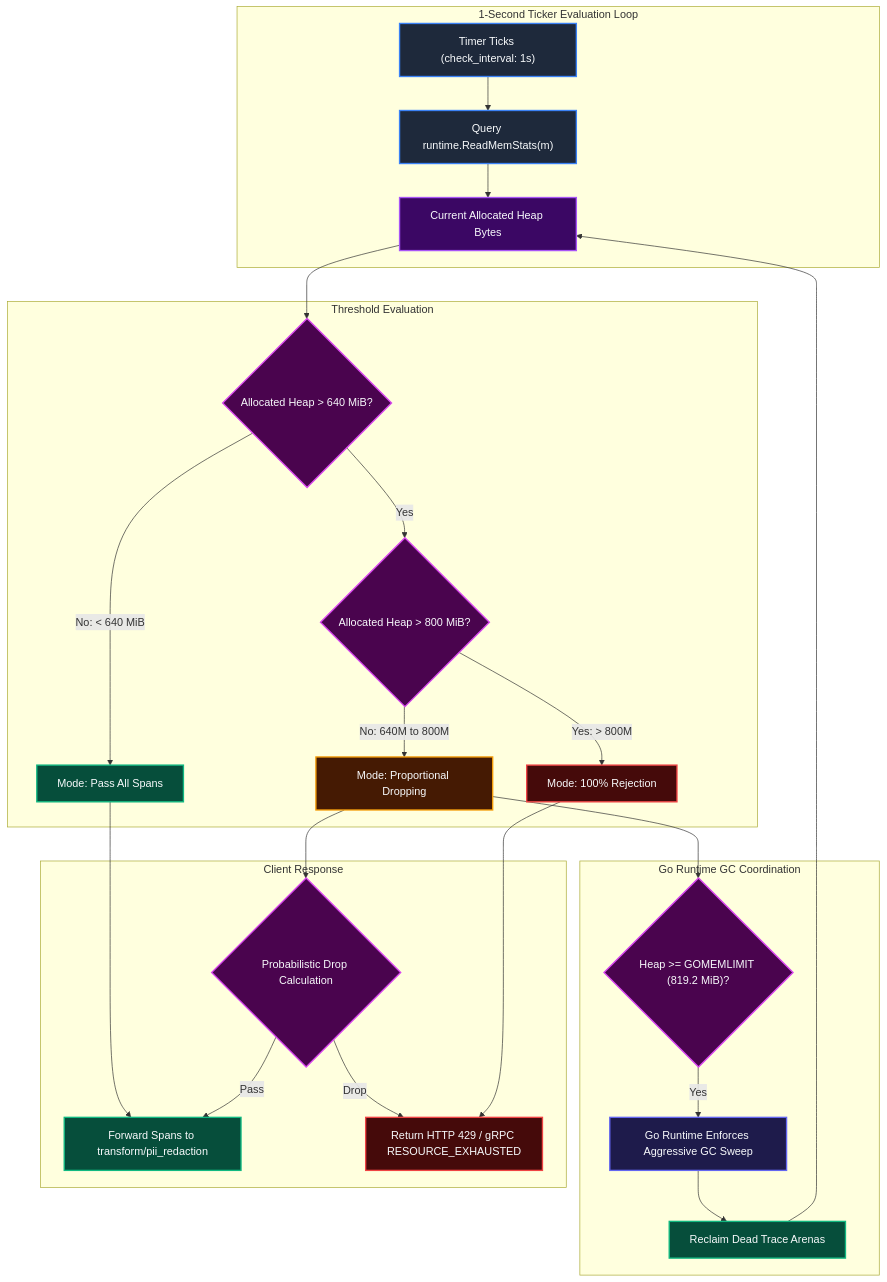
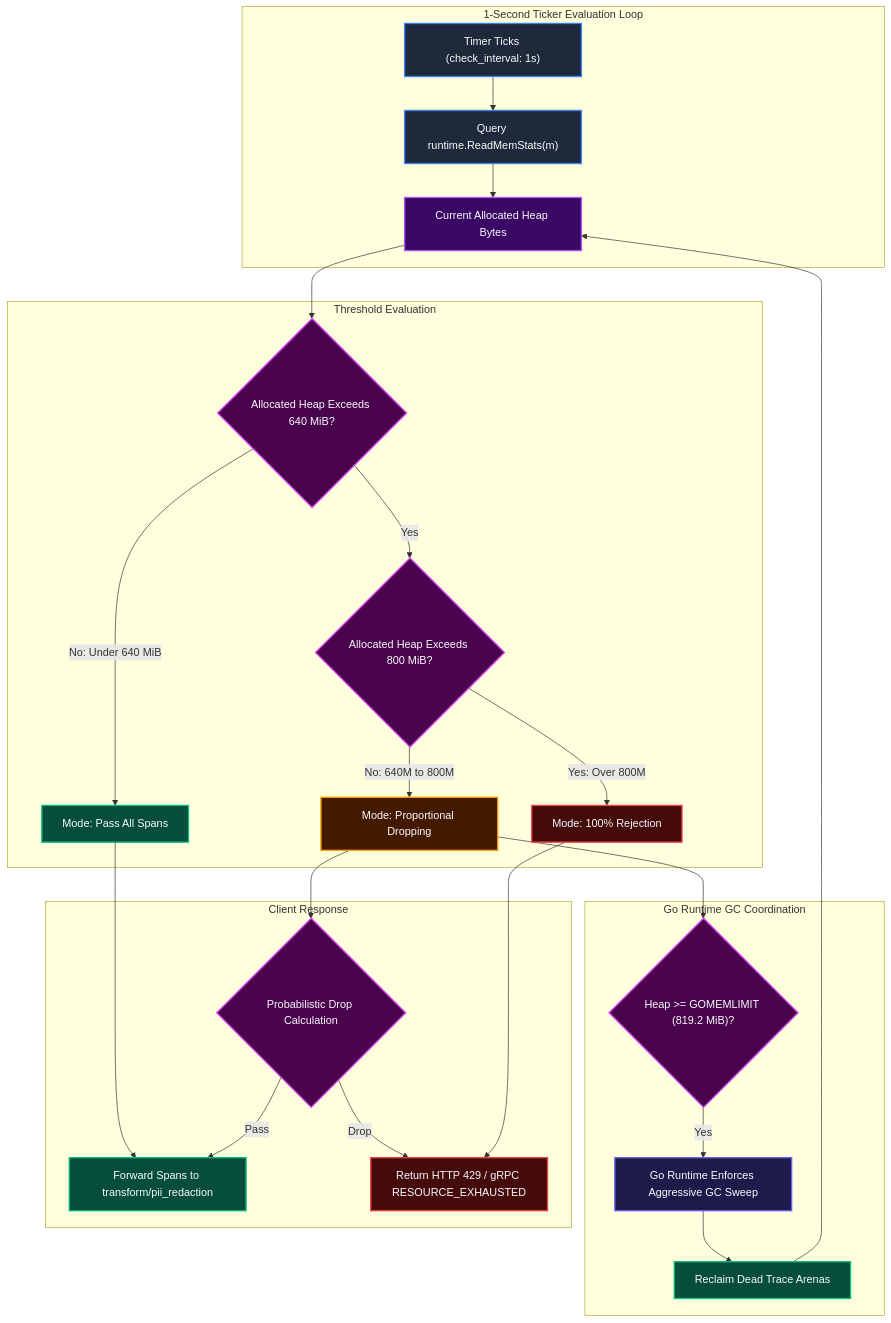
The sixth of 22 diagrams in docs/configDoc/otel-collector-configuration-guide.md (Chief-Strategist-J/llm-obs-infra), drawn with Mermaid before and after one commit. The commit also changed other lines of this file and 4 other files, not shown here.

First line of the commit message:
fix(docs): resolve Mermaid parse errors in edge labels across OTel guide and ADR-0009

````diff
--- a/docs/configDoc/otel-collector-configuration-guide.md
+++ b/docs/configDoc/otel-collector-configuration-guide.md
@@ -824,45 +824,45 @@
 ```mermaid
 graph TD
     subgraph MonitorLoop ["1-Second Ticker Evaluation Loop"]
         Tick["Timer Ticks (check_interval: 1s)"] --> InspectHeap["Query runtime.ReadMemStats(m)"]
         InspectHeap --> AllocHeap["Current Allocated Heap Bytes"]
     end
 
     subgraph StateLogic ["Threshold Evaluation"]
-        AllocHeap --> CheckSoft{"Allocated Heap > 640 MiB?"}
-        CheckSoft -->|No: < 640 MiB| NormalMode["Mode: Pass All Spans"]
-        CheckSoft -->|Yes| CheckHard{"Allocated Heap > 800 MiB?"}
+        AllocHeap --> CheckSoft{"Allocated Heap Exceeds 640 MiB?"}
+        CheckSoft -->|No: Under 640 MiB| NormalMode["Mode: Pass All Spans"]
+        CheckSoft -->|Yes| CheckHard{"Allocated Heap Exceeds 800 MiB?"}
         CheckHard -->|No: 640M to 800M| SoftMode["Mode: Proportional Dropping"]
-        CheckHard -->|Yes: > 800M| HardMode["Mode: 100% Rejection"]
+        CheckHard -->|Yes: Over 800M| HardMode["Mode: 100% Rejection"]
     end
 
     subgraph GCPacing ["Go Runtime GC Coordination"]
         SoftMode --> GCMarginCheck{"Heap >= GOMEMLIMIT (819.2 MiB)?"}
         GCMarginCheck -->|Yes| ForcedGC["Go Runtime Enforces Aggressive GC Sweep"]
         ForcedGC --> ReclaimBuffers["Reclaim Dead Trace Arenas"]
         ReclaimBuffers --> AllocHeap
     end
 
     subgraph ClientEnforcement ["Client Response"]
         NormalMode --> ForwardPipeline["Forward Spans to transform/pii_redaction"]
         SoftMode --> ProbDrop{"Probabilistic Drop Calculation"}
         ProbDrop -->|Pass| ForwardPipeline
         ProbDrop -->|Drop| DropSignal["Return HTTP 429 / gRPC RESOURCE_EXHAUSTED"]
         HardMode --> DropSignal
     end
 
     style Tick fill:#1e293b,stroke:#3b82f6,stroke-width:2px,color:#f8fafc
     style InspectHeap fill:#1e293b,stroke:#3b82f6,stroke-width:2px,color:#f8fafc
     style AllocHeap fill:#3b0764,stroke:#a855f7,stroke-width:2px,color:#f8fafc
     style CheckSoft fill:#4a044e,stroke:#d946ef,stroke-width:2px,color:#f8fafc
     style CheckHard fill:#4a044e,stroke:#d946ef,stroke-width:2px,color:#f8fafc
     style NormalMode fill:#064e3b,stroke:#10b981,stroke-width:2px,color:#f8fafc
     style SoftMode fill:#451a03,stroke:#f59e0b,stroke-width:2px,color:#f8fafc
     style HardMode fill:#450a0a,stroke:#ef4444,stroke-width:2px,color:#f8fafc
     style GCMarginCheck fill:#4a044e,stroke:#d946ef,stroke-width:2px,color:#f8fafc
     style ForcedGC fill:#1e1b4b,stroke:#6366f1,stroke-width:2px,color:#f8fafc
     style ReclaimBuffers fill:#064e3b,stroke:#10b981,stroke-width:2px,color:#f8fafc
     style ForwardPipeline fill:#064e3b,stroke:#10b981,stroke-width:2px,color:#f8fafc
     style ProbDrop fill:#4a044e,stroke:#d946ef,stroke-width:2px,color:#f8fafc
     style DropSignal fill:#450a0a,stroke:#ef4444,stroke-width:2px,color:#f8fafc
 ```
````
